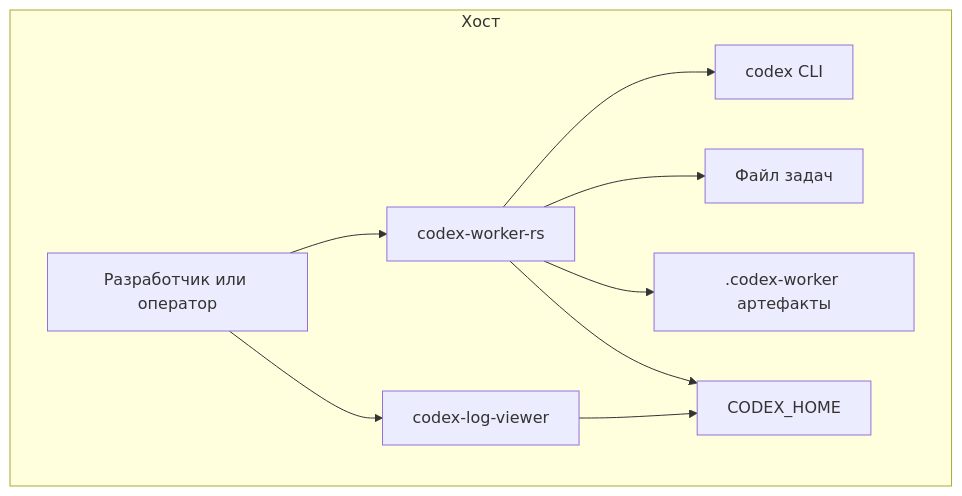
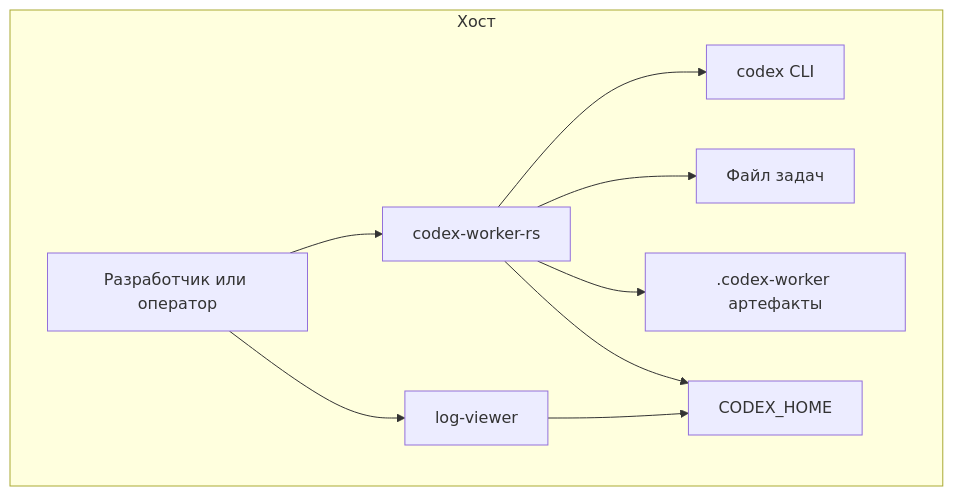
The eighth of 11 diagrams in docs/architecture/arc42/architecture.md (alkoleft/codex-session-view), drawn with Mermaid before and after one commit. The commit also changed other lines of this file and 143 other files, not shown here.

Commit message:
feat: migrate log viewer app and refine timeline UI

````diff
--- a/docs/architecture/arc42/architecture.md
+++ b/docs/architecture/arc42/architecture.md
@@ -371,20 +371,20 @@
 ```mermaid
 flowchart TB
     subgraph Хост
         OP[Разработчик или оператор]
         WK[codex-worker-rs]
-        VW[codex-log-viewer]
+        VW[log-viewer]
         CX[codex CLI]
         TF[Файл задач]
         ART[.codex-worker артефакты]
         CH[CODEX_HOME]
     end
 
     OP --> WK
     OP --> VW
     WK --> CX
     WK --> TF
     WK --> ART
     WK --> CH
     VW --> CH
 ```
````
